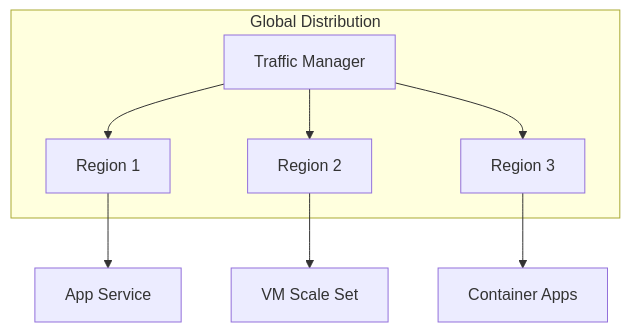
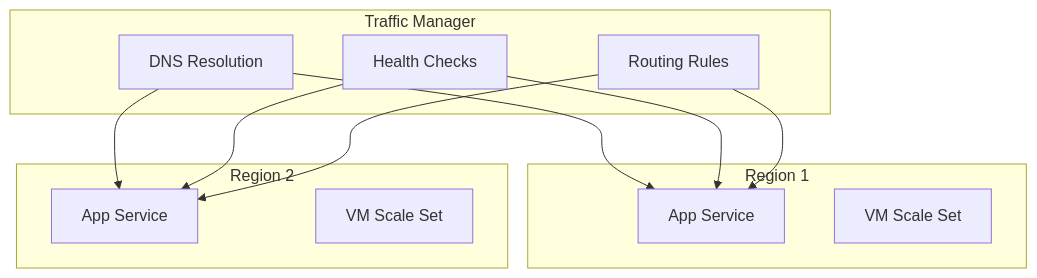
The eighth of 14 diagrams in src/azure/az-104/Traffic_Manager.md (saravanakumarrc/Architecture_Journey), drawn with Mermaid before and after one commit. The commit also changed other lines of this file and 6 other files, not shown here.

````diff
--- a/src/azure/az-104/Traffic_Manager.md
+++ b/src/azure/az-104/Traffic_Manager.md
@@ -137,17 +123,25 @@
 ```mermaid
 graph TB
-    subgraph "Global Distribution"
-        A[Traffic Manager]
-        B[Region 1]
-        C[Region 2]
-        D[Region 3]
+    subgraph "Traffic Manager"
+        A[DNS Resolution]
+        B[Health Checks]
+        C[Routing Rules]
     end
     
-    A --> B
-    A --> C
+    subgraph "Region 1"
+        D[App Service]
+        E[VM Scale Set]
+    end
+    
+    subgraph "Region 2"
+        F[App Service]
+        G[VM Scale Set]
+    end
+    
     A --> D
-    
-    B --> E[App Service]
-    C --> F[VM Scale Set]
-    D --> G[Container Apps]
+    A --> F
+    B --> D
+    B --> F
+    C --> D
+    C --> F
 ```
````
